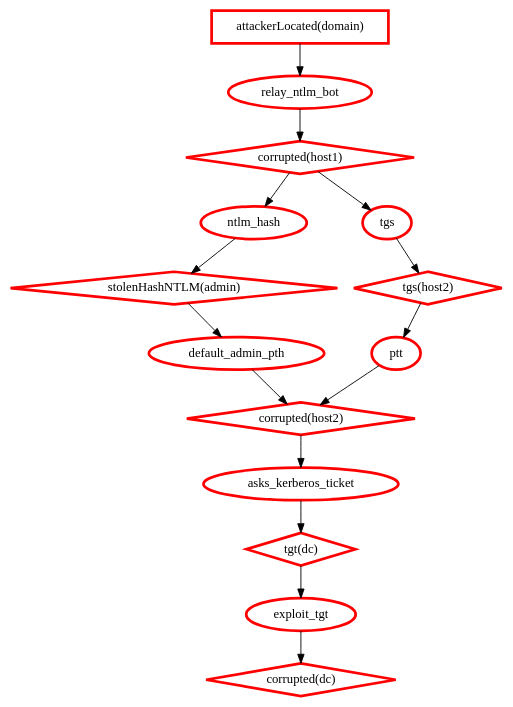
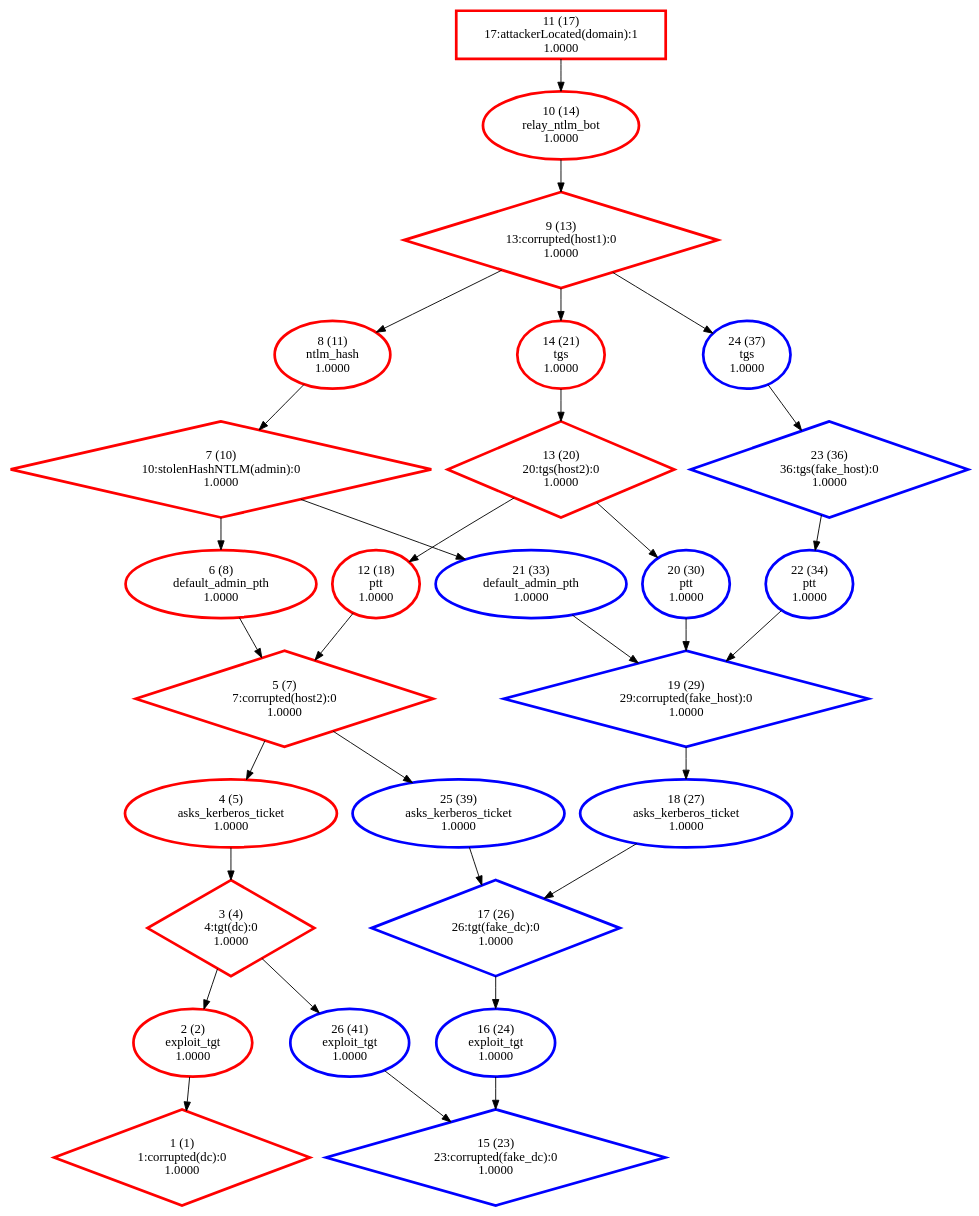
One commit to NathanaeldeLaChesnais/attacker_profiling_for_BAG_with_honeypots changed the diagram in Personnal_simulations/output_HightLevel_protected/strongly_connected_components/Reference.dot. Above: the diagram before and after it, drawn with Graphviz. The commit also changed 2 other files, not shown here.

```diff
--- a/Personnal_simulations/output_HightLevel_protected/strongly_connected_components/Reference.dot
+++ b/Personnal_simulations/output_HightLevel_protected/strongly_connected_components/Reference.dot
@@ -1,30 +1,58 @@
 digraph G {
-  1 [label="corrupted(dc)", color="#FF0000", penwidth=3, shape="diamond"];
-  2 [label="exploit_tgt", color="#FF0000", penwidth=3, shape="ellipse"];
-  3 [label="tgt(dc)", color="#FF0000", penwidth=3, shape="diamond"];
-  4 [label="asks_kerberos_ticket", color="#FF0000", penwidth=3, shape="ellipse"];
-  5 [label="corrupted(host2)", color="#FF0000", penwidth=3, shape="diamond"];
-  6 [label="default_admin_pth", color="#FF0000", penwidth=3, shape="ellipse"];
-  7 [label="stolenHashNTLM(admin)", color="#FF0000", penwidth=3, shape="diamond"];
-  8 [label="ntlm_hash", color="#FF0000", penwidth=3, shape="ellipse"];
-  9 [label="corrupted(host1)", color="#FF0000", penwidth=3, shape="diamond"];
-  10 [label="relay_ntlm_bot", color="#FF0000", penwidth=3, shape="ellipse"];
-  11 [label="attackerLocated(domain)", color="#FF0000", penwidth=3, shape="box"];
-  12 [label="ptt", color="#FF0000", penwidth=3, shape="ellipse"];
-  13 [label="tgs(host2)", color="#FF0000", penwidth=3, shape="diamond"];
-  14 [label="tgs", color="#FF0000", penwidth=3, shape="ellipse"];
+  1 [label="1 (1)\n1:corrupted(dc):0\n1.0000", color="#FF0000", penwidth=3, shape="diamond"];
+  2 [label="2 (2)\nexploit_tgt\n1.0000", color="#FF0000", penwidth=3, shape="ellipse"];
+  3 [label="3 (4)\n4:tgt(dc):0\n1.0000", color="#FF0000", penwidth=3, shape="diamond"];
+  4 [label="4 (5)\nasks_kerberos_ticket\n1.0000", color="#FF0000", penwidth=3, shape="ellipse"];
+  5 [label="5 (7)\n7:corrupted(host2):0\n1.0000", color="#FF0000", penwidth=3, shape="diamond"];
+  6 [label="6 (8)\ndefault_admin_pth\n1.0000", color="#FF0000", penwidth=3, shape="ellipse"];
+  7 [label="7 (10)\n10:stolenHashNTLM(admin):0\n1.0000", color="#FF0000", penwidth=3, shape="diamond"];
+  8 [label="8 (11)\nntlm_hash\n1.0000", color="#FF0000", penwidth=3, shape="ellipse"];
+  9 [label="9 (13)\n13:corrupted(host1):0\n1.0000", color="#FF0000", penwidth=3, shape="diamond"];
+  10 [label="10 (14)\nrelay_ntlm_bot\n1.0000", color="#FF0000", penwidth=3, shape="ellipse"];
+  11 [label="11 (17)\n17:attackerLocated(domain):1\n1.0000", color="#FF0000", penwidth=3, shape="box"];
+  12 [label="12 (18)\nptt\n1.0000", color="#FF0000", penwidth=3, shape="ellipse"];
+  13 [label="13 (20)\n20:tgs(host2):0\n1.0000", color="#FF0000", penwidth=3, shape="diamond"];
+  14 [label="14 (21)\ntgs\n1.0000", color="#FF0000", penwidth=3, shape="ellipse"];
+  15 [label="15 (23)\n23:corrupted(fake_dc):0\n1.0000", color="blue", penwidth=3, shape="diamond"];
+  16 [label="16 (24)\nexploit_tgt\n1.0000", color="blue", penwidth=3, shape="ellipse"];
+  17 [label="17 (26)\n26:tgt(fake_dc):0\n1.0000", color="blue", penwidth=3, shape="diamond"];
+  18 [label="18 (27)\nasks_kerberos_ticket\n1.0000", color="blue", penwidth=3, shape="ellipse"];
+  19 [label="19 (29)\n29:corrupted(fake_host):0\n1.0000", color="blue", penwidth=3, shape="diamond"];
+  20 [label="20 (30)\nptt\n1.0000", color="blue", penwidth=3, shape="ellipse"];
+  21 [label="21 (33)\ndefault_admin_pth\n1.0000", color="blue", penwidth=3, shape="ellipse"];
+  22 [label="22 (34)\nptt\n1.0000", color="blue", penwidth=3, shape="ellipse"];
+  23 [label="23 (36)\n36:tgs(fake_host):0\n1.0000", color="blue", penwidth=3, shape="diamond"];
+  24 [label="24 (37)\ntgs\n1.0000", color="blue", penwidth=3, shape="ellipse"];
+  25 [label="25 (39)\nasks_kerberos_ticket\n1.0000", color="blue", penwidth=3, shape="ellipse"];
+  26 [label="26 (41)\nexploit_tgt\n1.0000", color="blue", penwidth=3, shape="ellipse"];
   "11" -> "10";
   "10" -> "9";
   "9" -> "8";
   "9" -> "14";
+  "9" -> "24";
   "8" -> "7";
   "7" -> "6";
+  "7" -> "21";
   "6" -> "5";
   "5" -> "4";
+  "5" -> "25";
   "14" -> "13";
   "13" -> "12";
+  "13" -> "20";
   "12" -> "5";
   "4" -> "3";
   "3" -> "2";
+  "3" -> "26";
   "2" -> "1";
+  "20" -> "19";
+  "19" -> "18";
+  "21" -> "19";
+  "24" -> "23";
+  "23" -> "22";
+  "22" -> "19";
+  "18" -> "17";
+  "17" -> "16";
+  "25" -> "17";
+  "16" -> "15";
+  "26" -> "15";
 }
```
